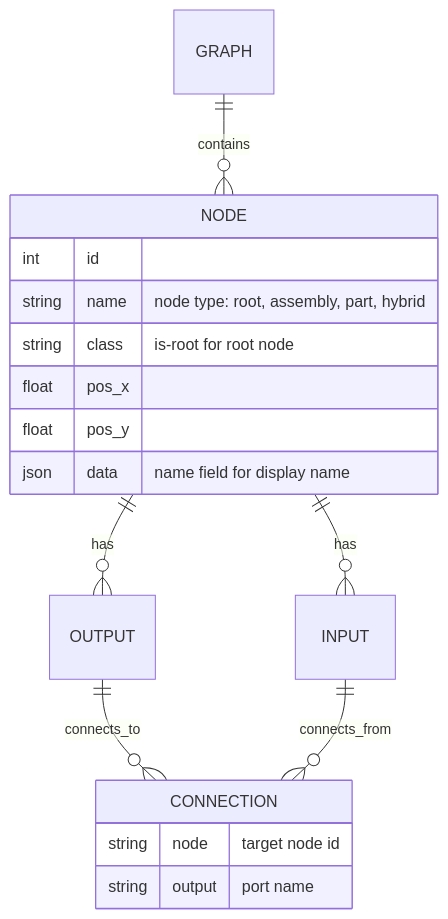
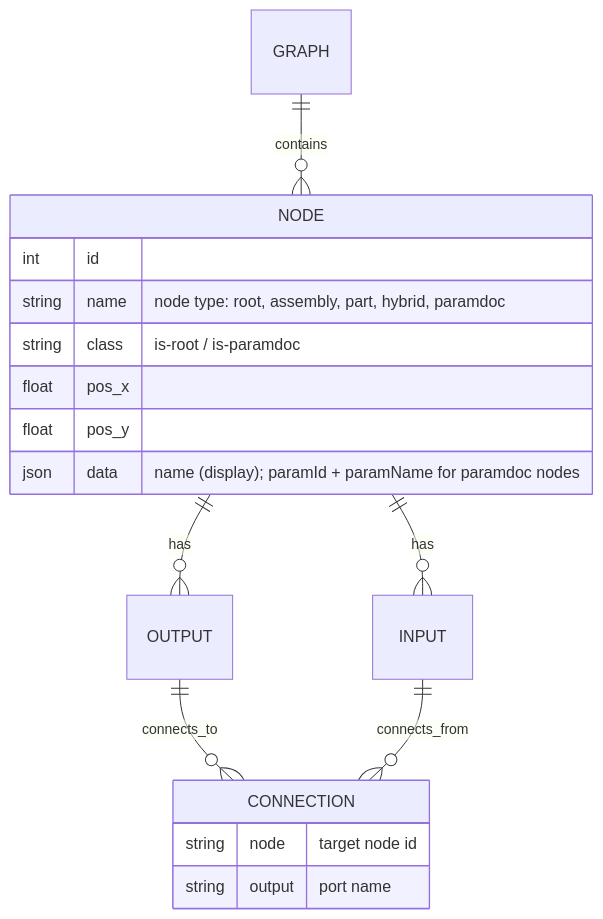
The sixth of 6 diagrams in docs/Assembly Builder.md (schneik80/PowerTools-Assembly), drawn with Mermaid before and after one commit. The commit also changed other lines of this file and 3 other files, not shown here.

````diff
--- a/docs/Assembly Builder.md
+++ b/docs/Assembly Builder.md
@@ -166,22 +197,22 @@
 ```mermaid
 erDiagram
     GRAPH ||--o{ NODE : contains
     NODE ||--o{ OUTPUT : has
     NODE ||--o{ INPUT : has
     OUTPUT ||--o{ CONNECTION : connects_to
     INPUT ||--o{ CONNECTION : connects_from
 
     NODE {
         int id
-        string name "node type: root, assembly, part, hybrid"
-        string class "is-root for root node"
+        string name "node type: root, assembly, part, hybrid, paramdoc"
+        string class "is-root / is-paramdoc"
         float pos_x
         float pos_y
-        json data "name field for display name"
+        json data "name (display); paramId + paramName for paramdoc nodes"
     }
 
     CONNECTION {
         string node "target node id"
         string output "port name"
     }
 ```
````
